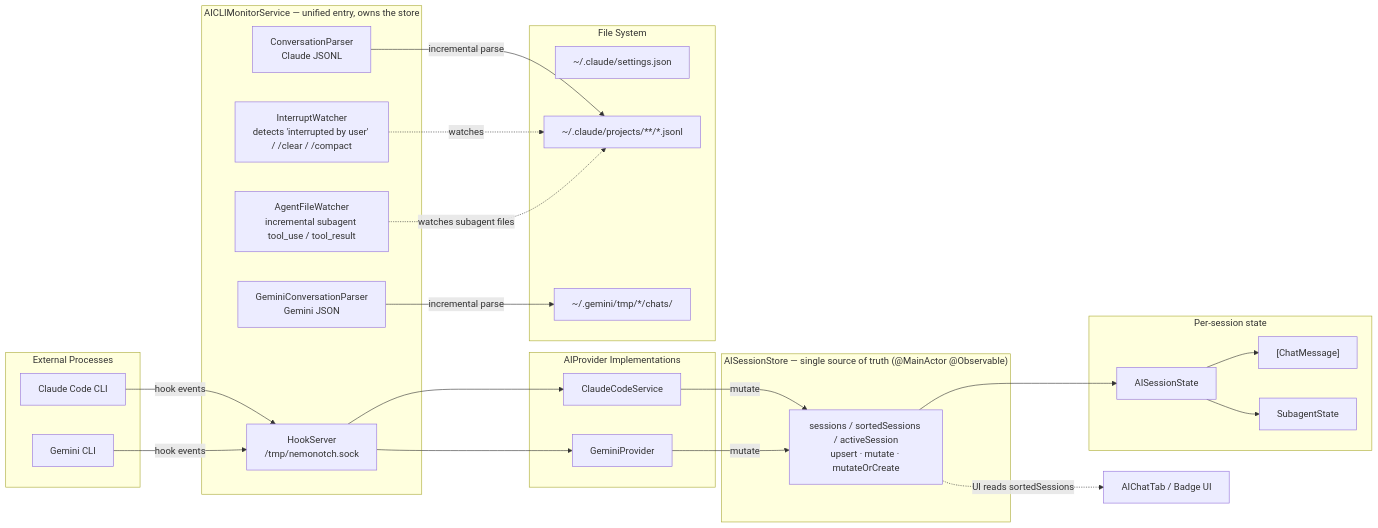
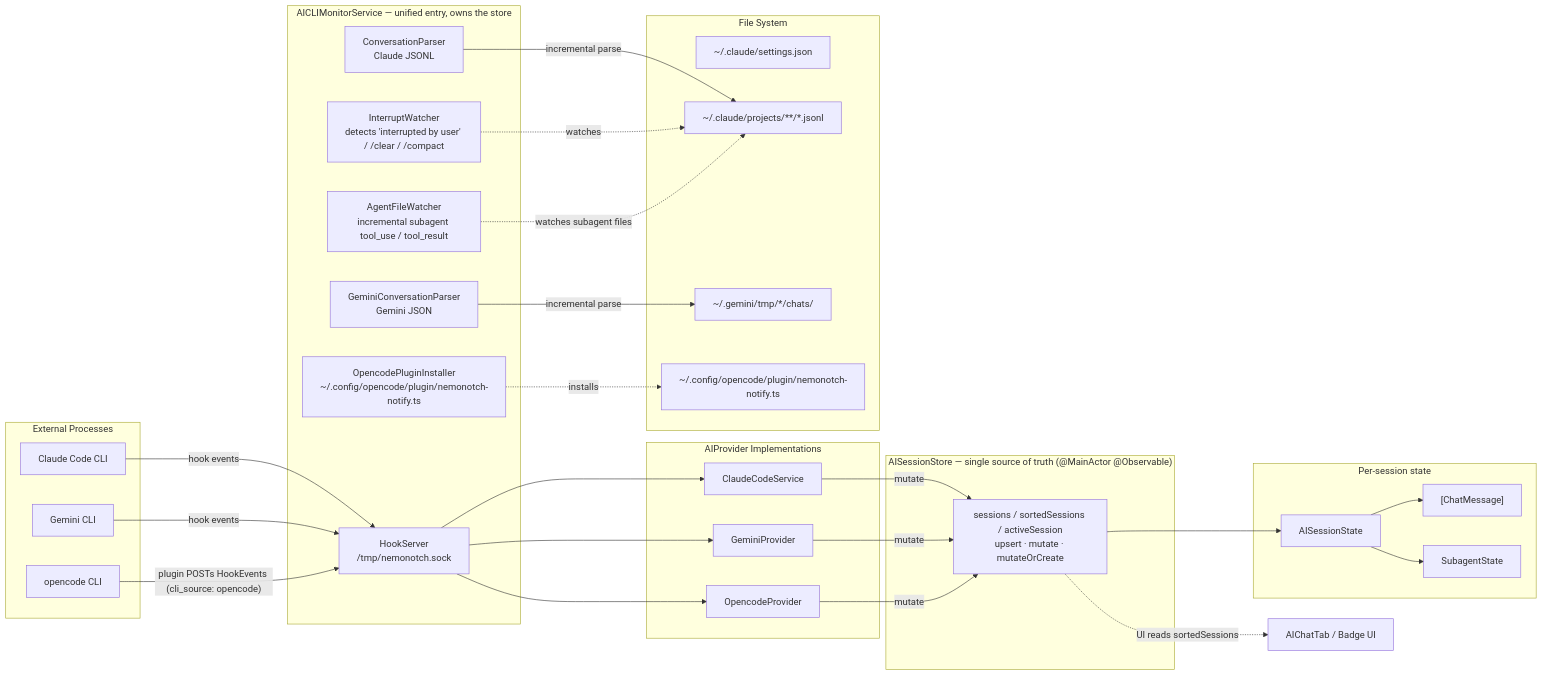
The second of 3 diagrams in CLAUDE.md (GaoZimeng0425/NemoNotch), drawn with Mermaid before and after one commit. The commit also changed other lines of this file and 2 other files, not shown here.

Commit message:
docs: document opencode notification integration

````diff
--- a/CLAUDE.md
+++ b/CLAUDE.md
@@ -112,53 +112,61 @@
 ```mermaid
 graph LR
     subgraph External["External Processes"]
         CC["Claude Code CLI"]
         GC["Gemini CLI"]
+        OC["opencode CLI"]
     end
 
     subgraph Monitor["AICLIMonitorService — unified entry, owns the store"]
         HS["HookServer<br/>/tmp/nemonotch.sock"]
         CP["ConversationParser<br/>Claude JSONL"]
         GCP["GeminiConversationParser<br/>Gemini JSON"]
         IW["InterruptWatcher<br/>detects 'interrupted by user' / /clear / /compact"]
         AFW["AgentFileWatcher<br/>incremental subagent tool_use / tool_result"]
+        OPI["OpencodePluginInstaller<br/>~/.config/opencode/plugin/nemonotch-notify.ts"]
     end
 
     subgraph Providers["AIProvider Implementations"]
         CLS["ClaudeCodeService"]
         GPR["GeminiProvider"]
+        OPR["OpencodeProvider"]
     end
 
     subgraph Store["AISessionStore — single source of truth (@MainActor @Observable)"]
         ST["sessions / sortedSessions / activeSession<br/>upsert · mutate · mutateOrCreate"]
     end
 
     subgraph Data["Per-session state"]
         AIS["AISessionState"]
         MSG["[ChatMessage]"]
         SA["SubagentState"]
     end
 
     subgraph Files["File System"]
         S["~/.claude/settings.json"]
         CJ["~/.claude/projects/**/*.jsonl"]
         GJ["~/.gemini/tmp/*/chats/"]
+        OP["~/.config/opencode/plugin/nemonotch-notify.ts"]
     end
 
     UI["AIChatTab / Badge UI"]
 
     CC -->|"hook events"| HS
     GC -->|"hook events"| HS
+    OC -->|"plugin POSTs HookEvents (cli_source: opencode)"| HS
     HS --> CLS
     HS --> GPR
+    HS --> OPR
     CP -->|"incremental parse"| CJ
     GCP -->|"incremental parse"| GJ
     IW -.->|"watches"| CJ
     AFW -.->|"watches subagent files"| CJ
+    OPI -.->|"installs"| OP
     CLS -->|"mutate"| ST
     GPR -->|"mutate"| ST
+    OPR -->|"mutate"| ST
     ST --> AIS
     AIS --> MSG
     AIS --> SA
     ST -.->|"UI reads sortedSessions"| UI
 ```
````
